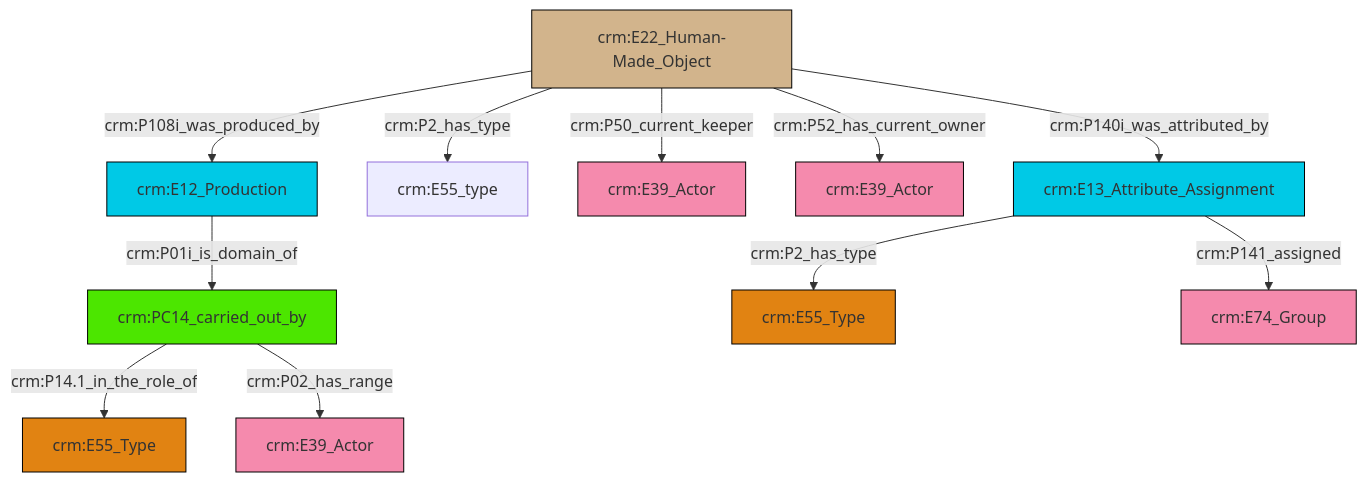
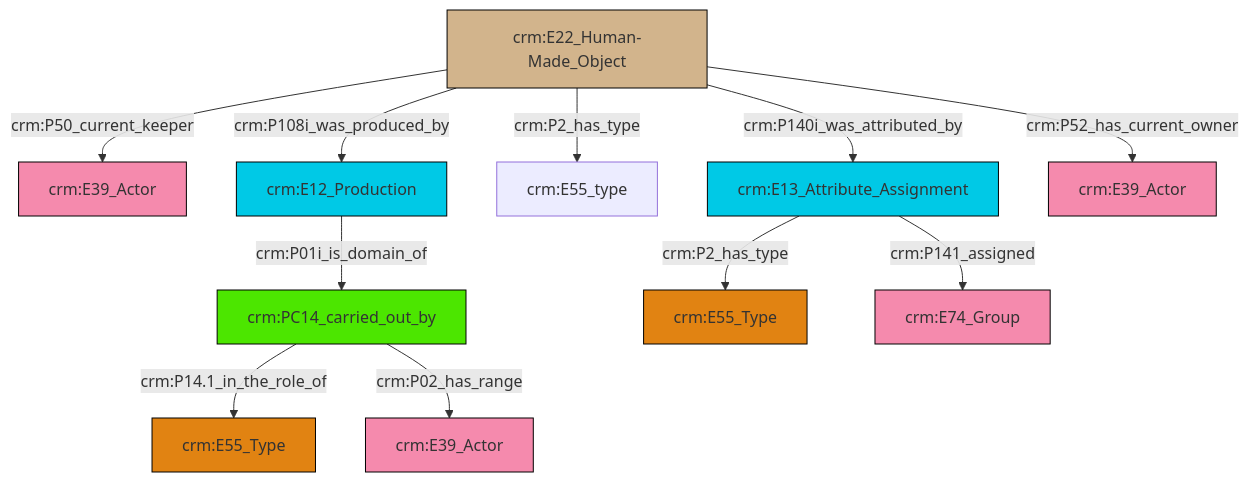
Before and after one commit to swiss-art-research-net/docs.swissartresearch: the diagram in et/artworkCSV/ttl/mmd/Artwork_Actor_Relations.ttl.mmd, drawn with Mermaid. The commit also changed 179 other files, not shown here.

```diff
--- a/et/artworkCSV/ttl/mmd/Artwork_Actor_Relations.ttl.mmd
+++ b/et/artworkCSV/ttl/mmd/Artwork_Actor_Relations.ttl.mmd
@@ -1,25 +1,25 @@
 graph TD
 classDef Literal fill:#f2f2f2,stroke:#000000;
 classDef CRM_Entity fill:#FFFFFF,stroke:#000000;
 classDef Temporal_Entity fill:#00C9E6, stroke:#000000;
 classDef Type fill:#E18312, stroke:#000000;
 classDef Time-Span fill:#2C9C91, stroke:#000000;
 classDef Appellation fill:#FFEB7F, stroke:#000000;
 classDef Place fill:#008836, stroke:#000000;
 classDef Persistent_Item fill:#B266B2, stroke:#000000;
 classDef Conceptual_Object fill:#FFD700, stroke:#000000;
 classDef Physical_Thing fill:#D2B48C, stroke:#000000;
 classDef Actor fill:#f58aad, stroke:#000000;
 classDef PC_Classes fill:#4ce600, stroke:#000000;
 classDef Multi fill:#cccccc,stroke:#000000;
 
-4["crm:E22_Human-Made_Object"]:::Physical_Thing -->|crm:P108i_was_produced_by| 5["crm:E12_Production"]:::Temporal_Entity
-8["crm:PC14_carried_out_by"]:::PC_Classes -->|crm:P14.1_in_the_role_of| 10["crm:E55_Type"]:::Type
-4["crm:E22_Human-Made_Object"]:::Physical_Thing -->|crm:P2_has_type| 2["crm:E55_type"]:::Default
-5["crm:E12_Production"]:::Temporal_Entity -->|crm:P01i_is_domain_of| 8["crm:PC14_carried_out_by"]:::PC_Classes
-17["crm:E13_Attribute_Assignment"]:::Temporal_Entity -->|crm:P2_has_type| 12["crm:E55_Type"]:::Type
-8["crm:PC14_carried_out_by"]:::PC_Classes -->|crm:P02_has_range| 6["crm:E39_Actor"]:::Actor
-4["crm:E22_Human-Made_Object"]:::Physical_Thing -->|crm:P50_current_keeper| 15["crm:E39_Actor"]:::Actor
-4["crm:E22_Human-Made_Object"]:::Physical_Thing -->|crm:P52_has_current_owner| 20["crm:E39_Actor"]:::Actor
-17["crm:E13_Attribute_Assignment"]:::Temporal_Entity -->|crm:P141_assigned| 0["crm:E74_Group"]:::Actor
-4["crm:E22_Human-Made_Object"]:::Physical_Thing -->|crm:P140i_was_attributed_by| 17["crm:E13_Attribute_Assignment"]:::Temporal_Entity
+2["crm:E12_Production"]:::Temporal_Entity -->|crm:P01i_is_domain_of| 3["crm:PC14_carried_out_by"]:::PC_Classes
+3["crm:PC14_carried_out_by"]:::PC_Classes -->|crm:P14.1_in_the_role_of| 4["crm:E55_Type"]:::Type
+7["crm:E22_Human-Made_Object"]:::Physical_Thing -->|crm:P50_current_keeper| 0["crm:E39_Actor"]:::Actor
+7["crm:E22_Human-Made_Object"]:::Physical_Thing -->|crm:P2_has_type| 9["crm:E55_type"]:::Default
+15["crm:E13_Attribute_Assignment"]:::Temporal_Entity -->|crm:P141_assigned| 16["crm:E74_Group"]:::Actor
+7["crm:E22_Human-Made_Object"]:::Physical_Thing -->|crm:P140i_was_attributed_by| 15["crm:E13_Attribute_Assignment"]:::Temporal_Entity
+7["crm:E22_Human-Made_Object"]:::Physical_Thing -->|crm:P108i_was_produced_by| 2["crm:E12_Production"]:::Temporal_Entity
+7["crm:E22_Human-Made_Object"]:::Physical_Thing -->|crm:P52_has_current_owner| 21["crm:E39_Actor"]:::Actor
+3["crm:PC14_carried_out_by"]:::PC_Classes -->|crm:P02_has_range| 17["crm:E39_Actor"]:::Actor
+15["crm:E13_Attribute_Assignment"]:::Temporal_Entity -->|crm:P2_has_type| 5["crm:E55_Type"]:::Type
```
